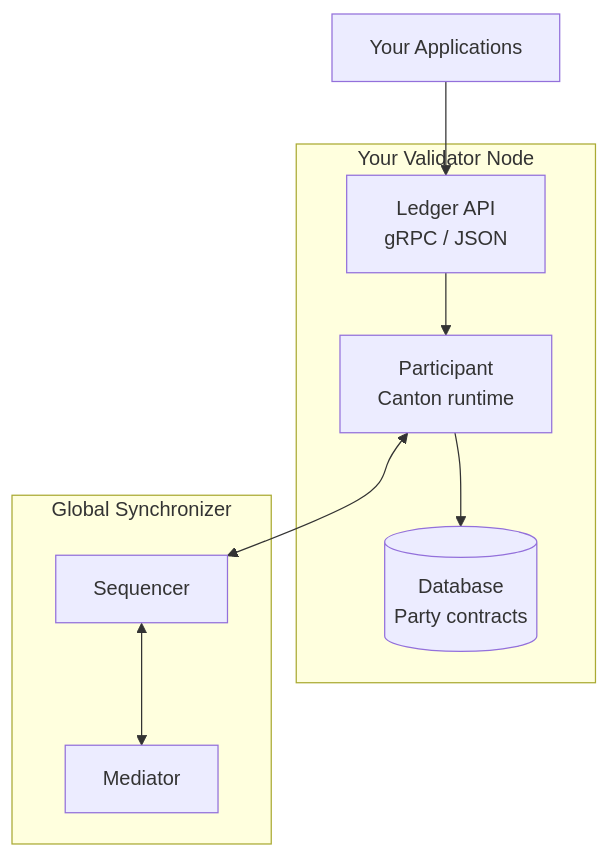
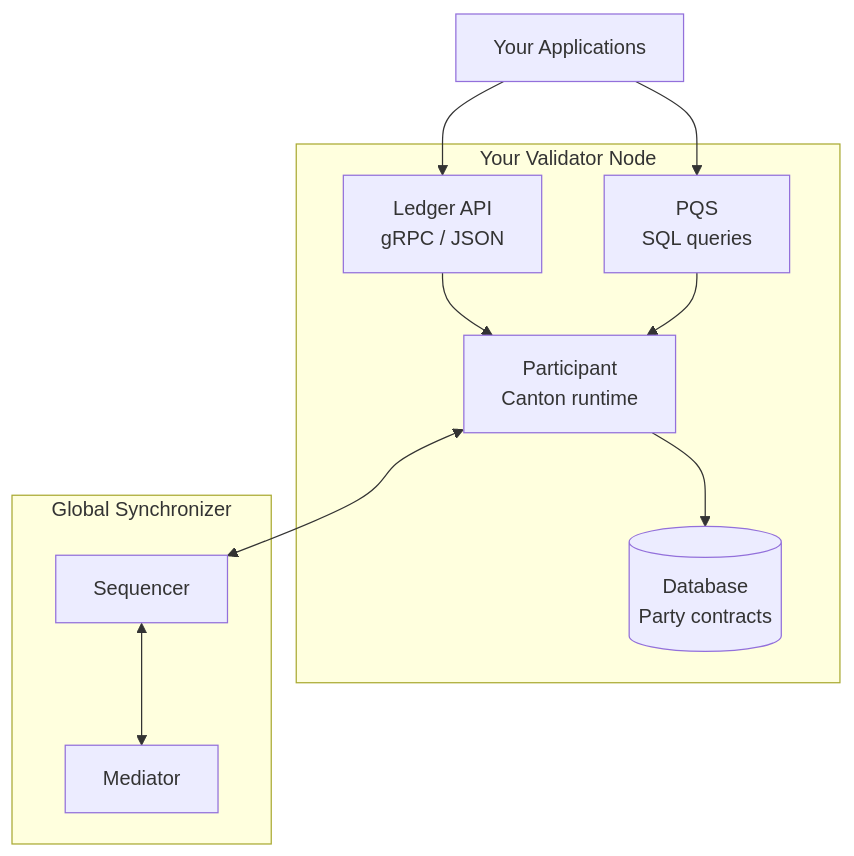
The first of 2 diagrams in docs-main/global-synchronizer/understand/introduction.mdx (canton-network/cf-docs), drawn with Mermaid before and after one commit. The commit also changed 5 other files, not shown here.

````diff
--- a/docs-main/global-synchronizer/understand/introduction.mdx
+++ b/docs-main/global-synchronizer/understand/introduction.mdx
@@ -17,19 +17,22 @@
 ```mermaid
 flowchart TB
     subgraph Validator[Your Validator Node]
         PART[Participant<br>Canton runtime]
         DB[(Database<br>Party contracts)]
         API[Ledger API<br>gRPC / JSON]
+        PQS[PQS<br>SQL queries]
     end
 
     subgraph GS[Global Synchronizer]
         SEQ[Sequencer]
         MED[Mediator]
     end
 
     App[Your Applications] --> API
+    App --> PQS
     API --> PART
     PART --> DB
+    PQS --> PART
     PART <--> SEQ
     SEQ <--> MED
 ```
````
